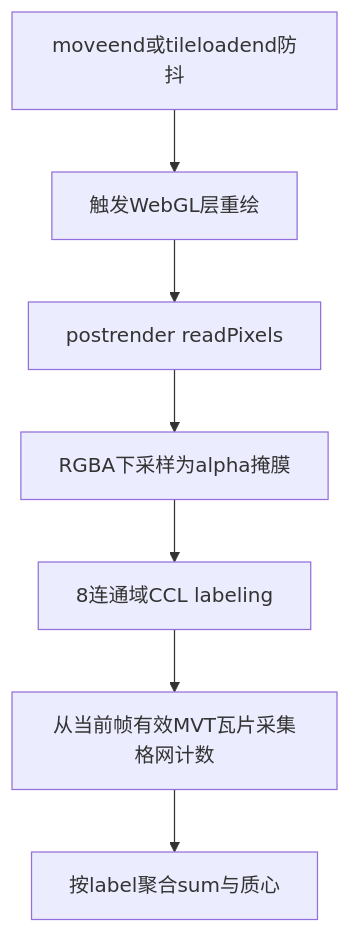
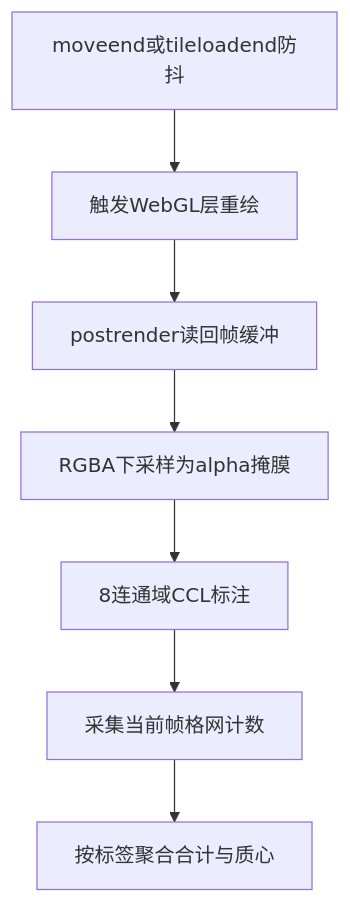
One commit to zheyi420/Dev-Wiki changed the eighth of 10 diagrams in Blog/mvt-webgl_heatmap-ccl/AGENTS.md. Above: the diagram before and after it, drawn with Mermaid. The commit also changed other lines of this file, not shown here.

````diff
--- a/Blog/mvt-webgl_heatmap-ccl/AGENTS.md
+++ b/Blog/mvt-webgl_heatmap-ccl/AGENTS.md
@@ -865,11 +869,11 @@
 ```mermaid
 flowchart TB
   trigger[moveend或tileloadend防抖]
   render[触发WebGL层重绘]
-  readback[postrender readPixels]
+  readback[postrender读回帧缓冲]
   mask[RGBA下采样为alpha掩膜]
-  ccl[8连通域CCL labeling]
-  collect[从当前帧有效MVT瓦片采集格网计数]
-  aggregate[按label聚合sum与质心]
+  ccl[8连通域CCL标注]
+  collect[采集当前帧格网计数]
+  aggregate[按标签聚合合计与质心]
   trigger --> render --> readback --> mask --> ccl --> collect --> aggregate
 ```
````
